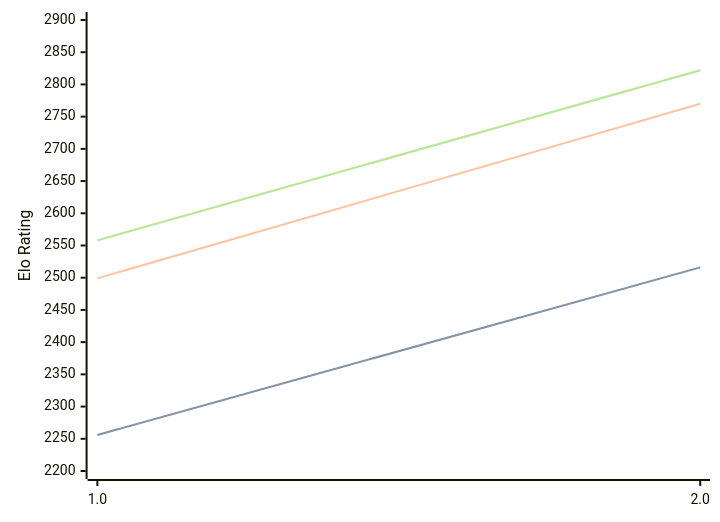
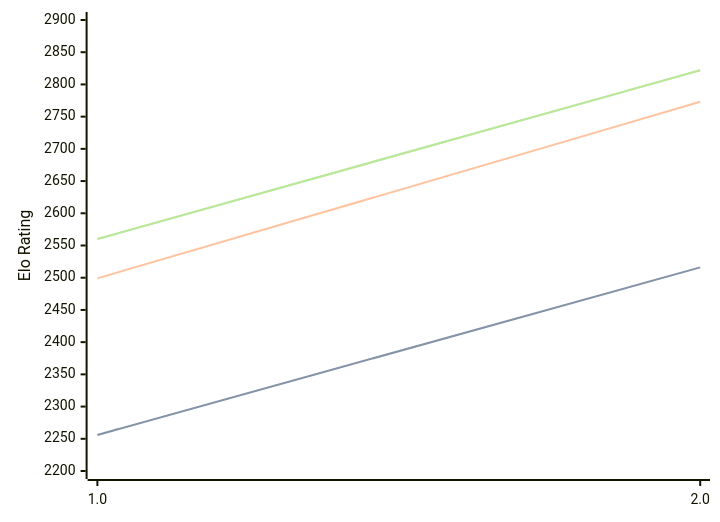
The diagram in engines/Revolver.md (computer-chess-index/cci), drawn with Mermaid before and after one commit. The commit also changed other lines of this file, not shown here.

Commit message:
Update CCI Ratings (ELO VLTC) - 2026-08-25

````diff
--- a/engines/Revolver.md
+++ b/engines/Revolver.md
@@ -32,11 +32,11 @@
 ```mermaid
 %%{init: {"theme":"base","themeVariables":{"seriesColors:['#a3a3a3','#222221','#faa371']}}}%%
 xychart-beta
   x-axis ["1.0", "2.0"]
   y-axis "Elo Rating" 2200 --> 2900
   line "STC (8.0+0.08s)" [2256, 2516]
   line "STC (8.0+0.08s)" [2256, 2516]
-  line "LTC (60.0+0.60s)" [2499, 2770]
-  line "VLTC (2m24s+1.12s)" [2558, 2822]
-  line "VLTC (2m24s+1.12s)" [2558, 2822]
+  line "LTC (60.0+0.60s)" [2499, 2773]
+  line "VLTC (2m24s+1.12s)" [2560, 2822]
+  line "VLTC (2m24s+1.12s)" [2560, 2822]
 ```
````
